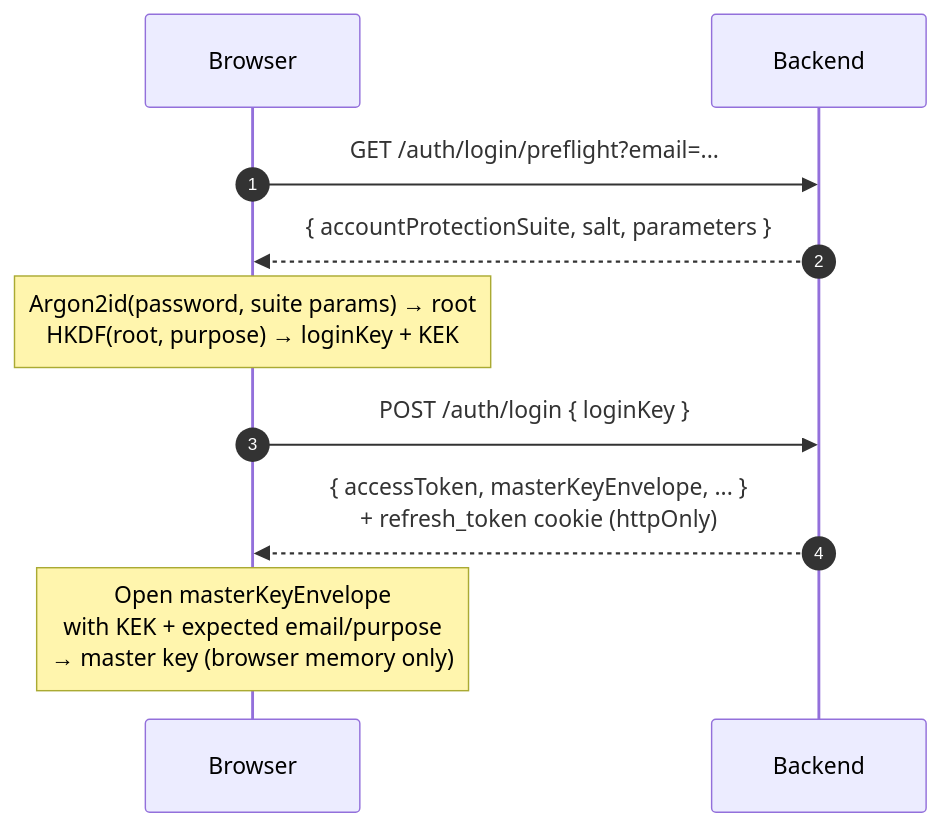
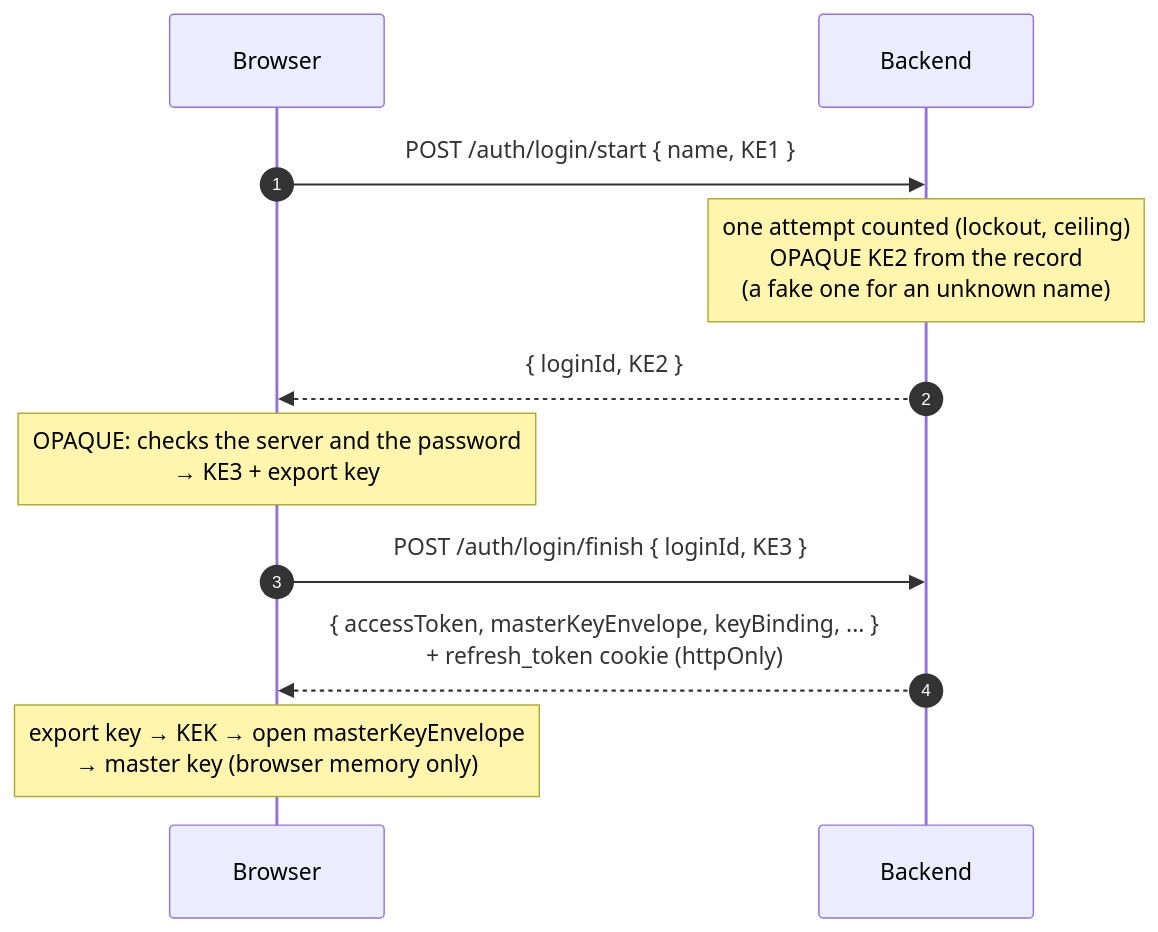
The second of 4 diagrams in docs/architecture.md (kutupbt/kutup), drawn with Mermaid before and after one commit. The commit also changed other lines of this file and 35 other files, not shown here.

Commit message:
OPAQUE: live tests and helpers on the exchange, the CLI (login, register, recover, password), OPAQUE_SETUP_KEYS in every stack, API and operator docs

````diff
--- a/docs/architecture.md
+++ b/docs/architecture.md
@@ -126,13 +128,14 @@
 ```mermaid
 sequenceDiagram
     autonumber
     participant B as Browser
     participant S as Backend
 
-    B->>S: GET /auth/login/preflight?email=...
-    S-->>B: { accountProtectionSuite, salt, parameters }
-    Note over B: Argon2id(password, suite params) → root<br/>HKDF(root, purpose) → loginKey + KEK
-    B->>S: POST /auth/login { loginKey }
-    S-->>B: { accessToken, masterKeyEnvelope, ... }<br/>+ refresh_token cookie (httpOnly)
-    Note over B: Open masterKeyEnvelope<br/>with KEK + expected email/purpose<br/>→ master key (browser memory only)
+    B->>S: POST /auth/login/start { name, KE1 }
+    Note over S: one attempt counted (lockout, ceiling)<br/>OPAQUE KE2 from the record<br/>(a fake one for an unknown name)
+    S-->>B: { loginId, KE2 }
+    Note over B: OPAQUE: checks the server and the password<br/>→ KE3 + export key
+    B->>S: POST /auth/login/finish { loginId, KE3 }
+    S-->>B: { accessToken, masterKeyEnvelope, keyBinding, ... }<br/>+ refresh_token cookie (httpOnly)
+    Note over B: export key → KEK → open masterKeyEnvelope<br/>→ master key (browser memory only)
 ```
````
